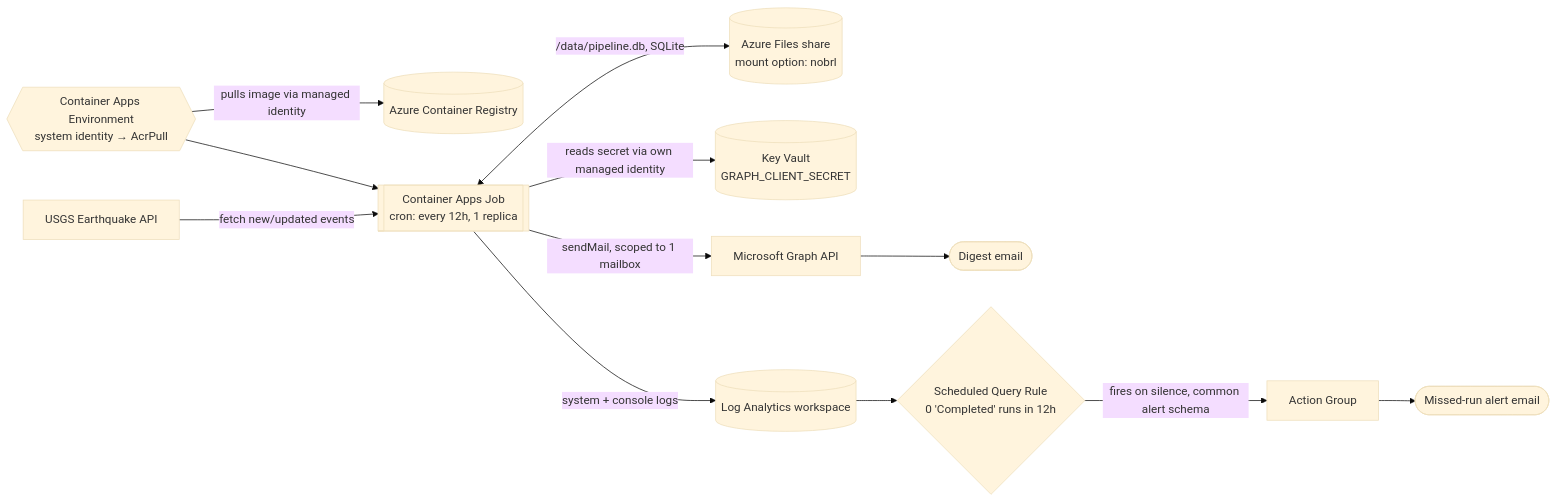
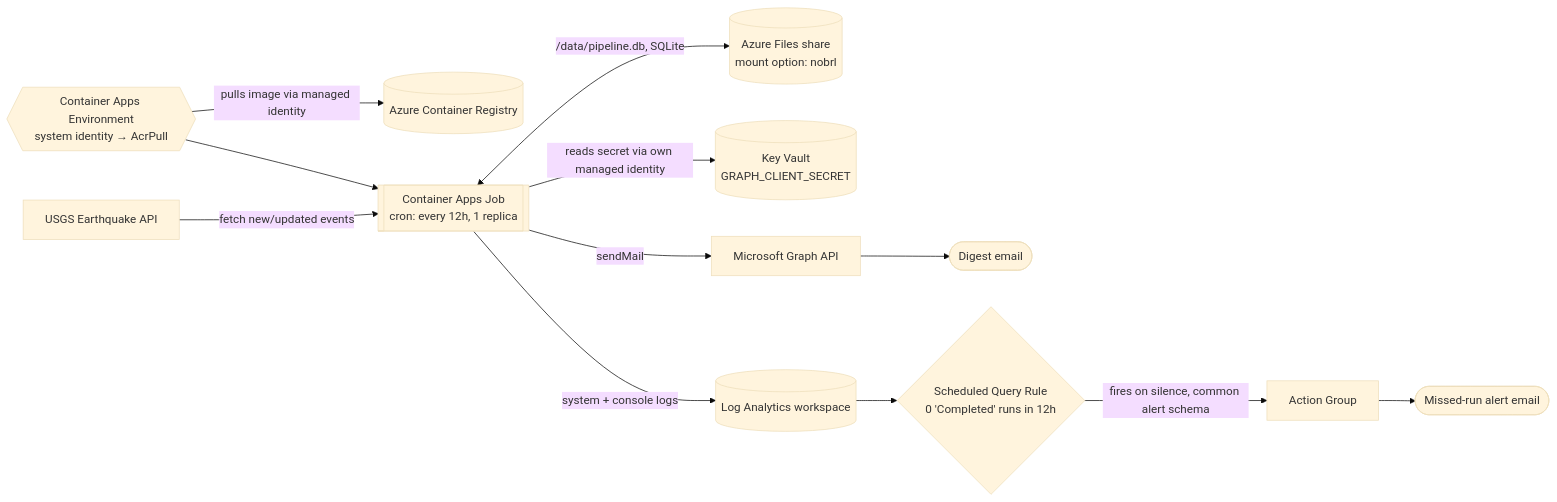
The diagram in README.md (twilcox-ops/scheduled-earthquake-pipeline), drawn with Mermaid (base theme) before and after one commit. The commit also changed other lines of this file, not shown here.

````diff
--- a/README.md
+++ b/README.md
@@ -25,24 +21,24 @@
 ```mermaid
 flowchart LR
     USGS[USGS Earthquake API]
     ACR[(Azure Container Registry)]
     ENV{{Container Apps Environment<br/>system identity → AcrPull}}
     JOB[["Container Apps Job<br/>cron: every 12h, 1 replica"]]
     FILES[(Azure Files share<br/>mount option: nobrl)]
     KV[(Key Vault<br/>GRAPH_CLIENT_SECRET)]
     GRAPH[Microsoft Graph API]
     MAIL([Digest email])
     LOGS[(Log Analytics workspace)]
     RULE{Scheduled Query Rule<br/>0 'Completed' runs in 12h}
     AG[Action Group]
     ALERTMAIL([Missed-run alert email])
 
     ENV -->|pulls image via managed identity| ACR
     ENV --> JOB
     USGS -->|fetch new/updated events| JOB
     JOB <-->|/data/pipeline.db, SQLite| FILES
     JOB -->|reads secret via own managed identity| KV
-    JOB -->|sendMail, scoped to 1 mailbox| GRAPH --> MAIL
+    JOB -->|sendMail| GRAPH --> MAIL
     JOB -->|system + console logs| LOGS --> RULE
     RULE -->|fires on silence, common alert schema| AG --> ALERTMAIL
 ```
````
